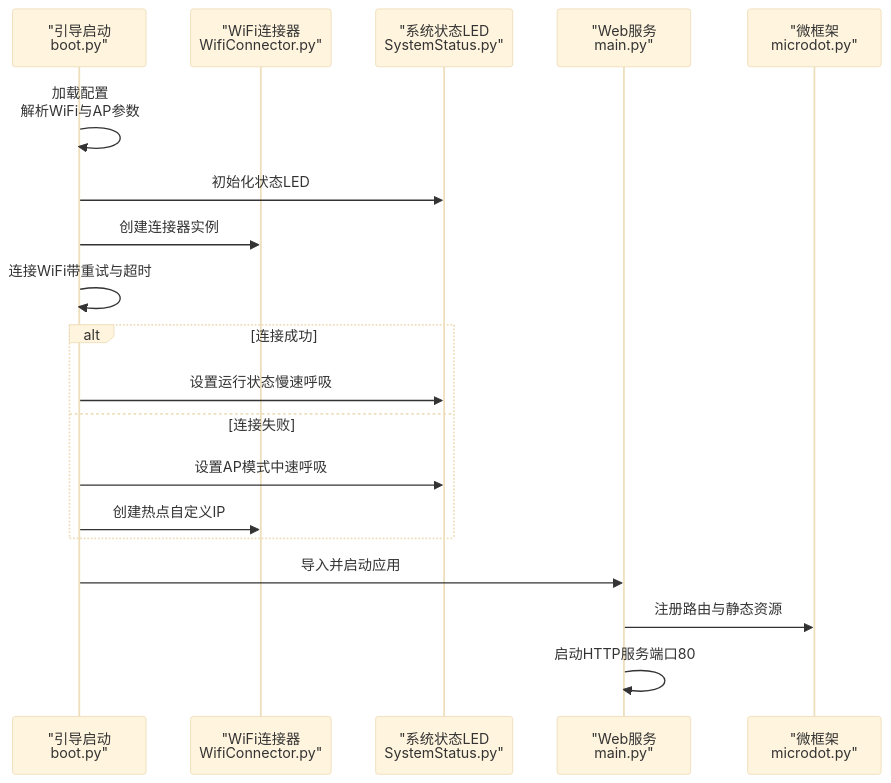
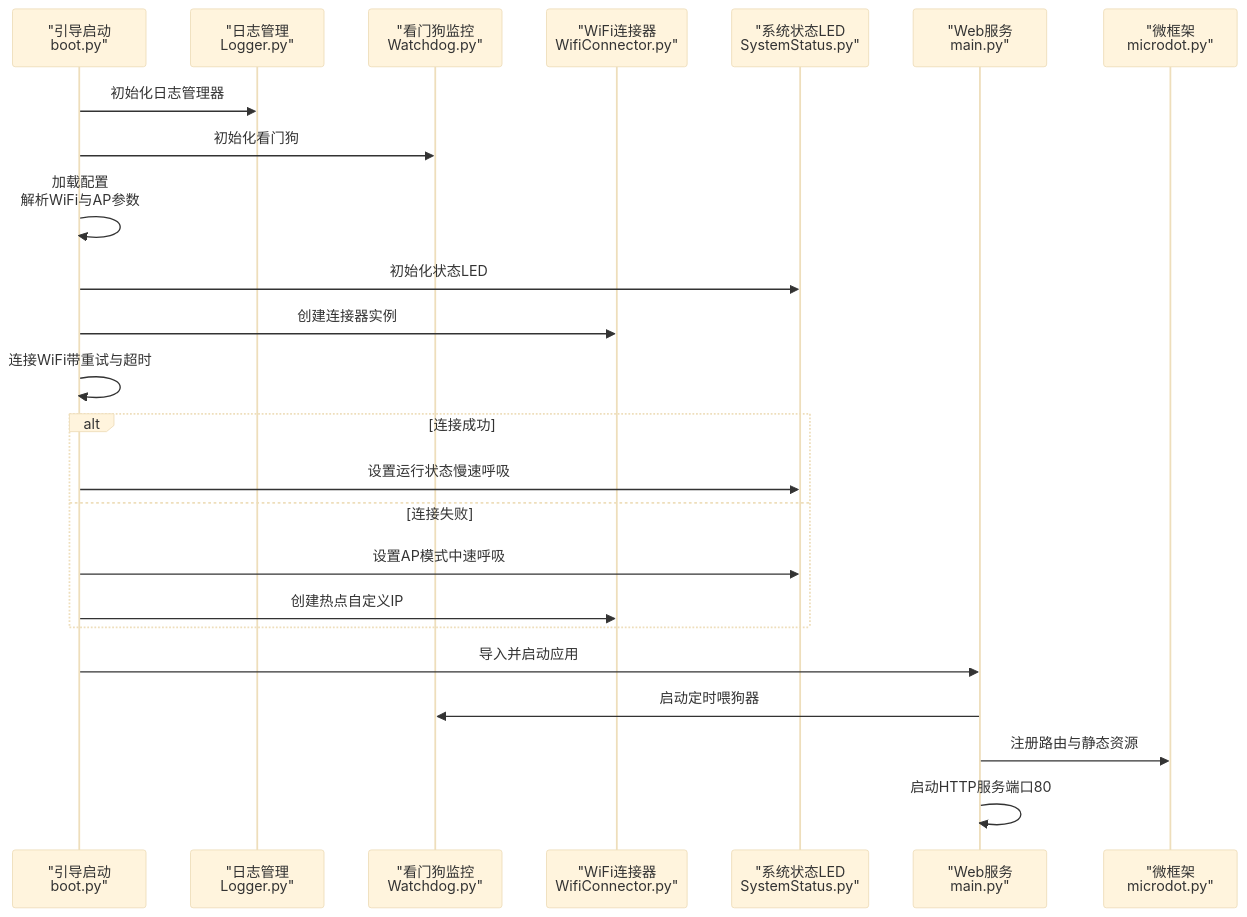
Before and after one commit to qq20739111/weilushishe-lishitai: the second of 4 diagrams in .qoder/repowiki/zh/content/部署运维/部署运维.md, drawn with Mermaid (base theme). The commit also changed other lines of this file and 23 other files, not shown here.

````diff
--- a/.qoder/repowiki/zh/content/部署运维/部署运维.md
+++ b/.qoder/repowiki/zh/content/部署运维/部署运维.md
@@ -83,21 +108,26 @@
 ```mermaid
 sequenceDiagram
 participant Boot as "引导启动<br/>boot.py"
+participant Logger as "日志管理<br/>Logger.py"
+participant Watchdog as "看门狗监控<br/>Watchdog.py"
 participant WC as "WiFi连接器<br/>WifiConnector.py"
 participant SS as "系统状态LED<br/>SystemStatus.py"
 participant Main as "Web服务<br/>main.py"
 participant MD as "微框架<br/>microdot.py"
+Boot->>Logger : 初始化日志管理器
+Boot->>Watchdog : 初始化看门狗
 Boot->>Boot : 加载配置<br/>解析WiFi与AP参数
 Boot->>SS : 初始化状态LED
 Boot->>WC : 创建连接器实例
 Boot->>Boot : 连接WiFi带重试与超时
 alt 连接成功
 Boot->>SS : 设置运行状态慢速呼吸
 else 连接失败
 Boot->>SS : 设置AP模式中速呼吸
 Boot->>WC : 创建热点自定义IP
 end
 Boot->>Main : 导入并启动应用
+Main->>Watchdog : 启动定时喂狗器
 Main->>MD : 注册路由与静态资源
 Main->>Main : 启动HTTP服务端口80
 ```
````
